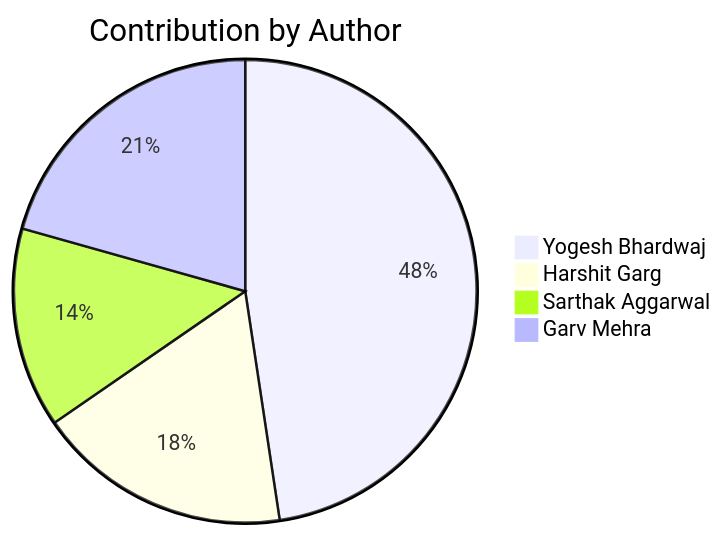
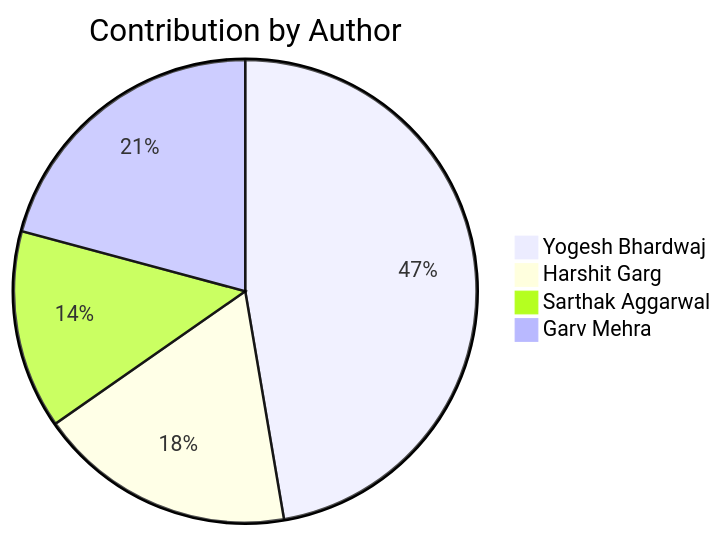
Before and after one commit to Yogesh-Bhardwaj-hue/Scm-Final_2.0: the second of 2 diagrams in README.md, drawn with Mermaid. The commit also changed other lines of this file, not shown here.

Commit message:
Update contribution charts

````diff
--- a/README.md
+++ b/README.md
@@ -220,7 +220,7 @@
 ```mermaid
 pie title Contribution by Author
     "Yogesh Bhardwaj": 150
-    "Harshit Garg": 56
+    "Harshit Garg": 57
     "Sarthak Aggarwal": 44
-    "Garv Mehra": 65
+    "Garv Mehra": 66
 ```
````
